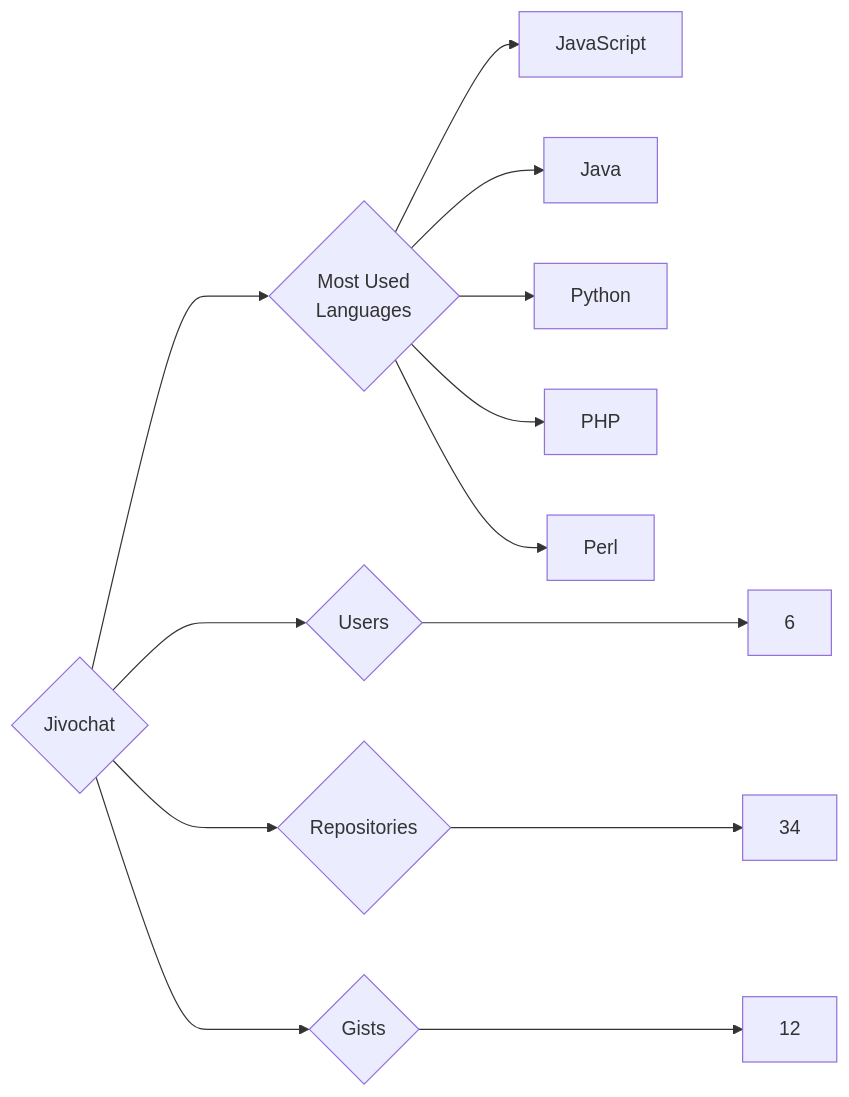
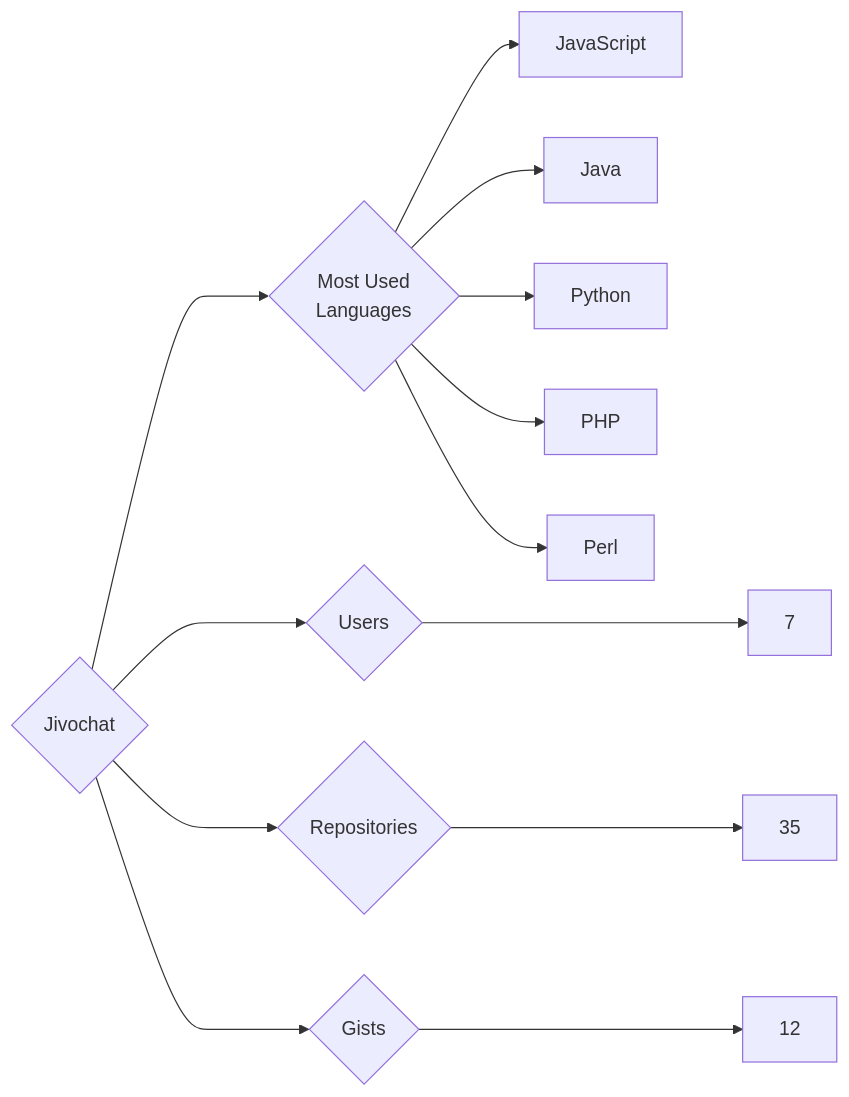
One commit to trickest/insiders changed the diagram in targets/Jivochat/README.md. Above: the diagram before and after it, drawn with Mermaid. The commit also changed 736 other files, not shown here.

````diff
--- a/targets/Jivochat/README.md
+++ b/targets/Jivochat/README.md
@@ -3,13 +3,13 @@
 ```mermaid
 graph LR
 COMPANY_NAME{Jivochat}
-COMPANY_NAME ---> U{Users} ---> UN[6]
-COMPANY_NAME ---> R{Repositories} ---> RN[34]
+COMPANY_NAME ---> U{Users} ---> UN[7]
+COMPANY_NAME ---> R{Repositories} ---> RN[35]
 COMPANY_NAME ---> G{Gists} ---> GN[12]
 COMPANY_NAME ---> ML{Most Used<br>Languages}
 ML --> JavaScript[JavaScript]
 ML --> Java[Java]
 ML --> Python[Python]
 ML --> PHP[PHP]
 ML --> Perl[Perl]
 ```
````
